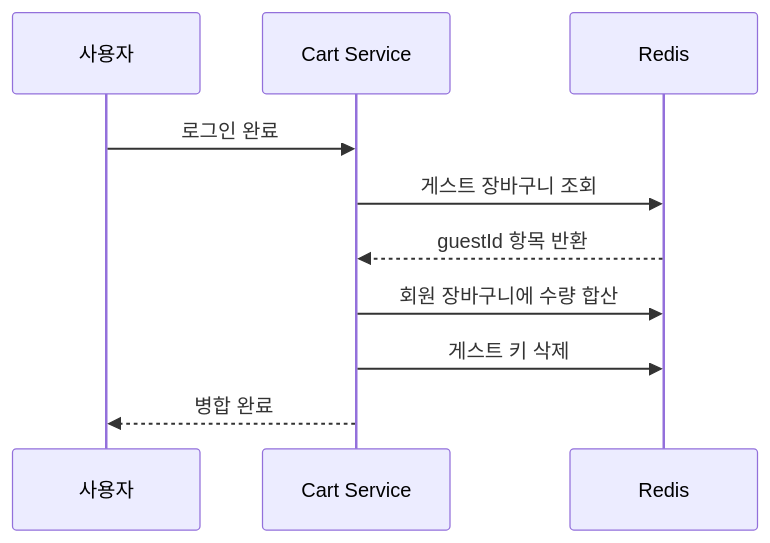
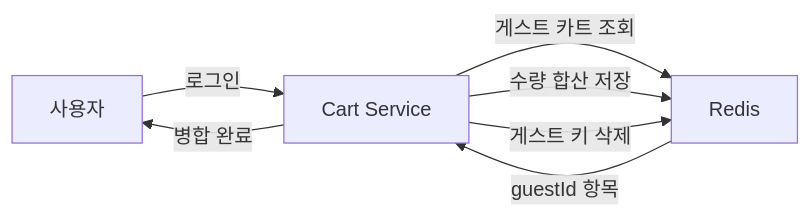
The second of 3 diagrams in _posts/systemdesign/2026-05-11-system-design-shopping-cart.md (yjkim2015/yjkim2015.github.io), drawn with Mermaid before and after one commit. The commit also changed other lines of this file and 84 other files, not shown here.

First line of the commit message:
85개 포스트 Mermaid 다이어그램 규칙 일괄 수정

````diff
--- a/_posts/systemdesign/2026-05-11-system-design-shopping-cart.md
+++ b/_posts/systemdesign/2026-05-11-system-design-shopping-cart.md
@@ -136,12 +136,9 @@
 ```mermaid
-sequenceDiagram
-    participant U as 사용자
-    participant CS as Cart Service
-    participant R as Redis
-    U->>CS: 로그인 완료
-    CS->>R: 게스트 장바구니 조회
-    R-->>CS: guestId 항목 반환
-    CS->>R: 회원 장바구니에 수량 합산
-    CS->>R: 게스트 키 삭제
-    CS-->>U: 병합 완료
+graph LR
+    A[사용자] -->|로그인| B[Cart Service]
+    B -->|게스트 카트 조회| C[Redis]
+    C -->|guestId 항목| B
+    B -->|수량 합산 저장| C
+    B -->|게스트 키 삭제| C
+    B -->|병합 완료| A
 ```
````
